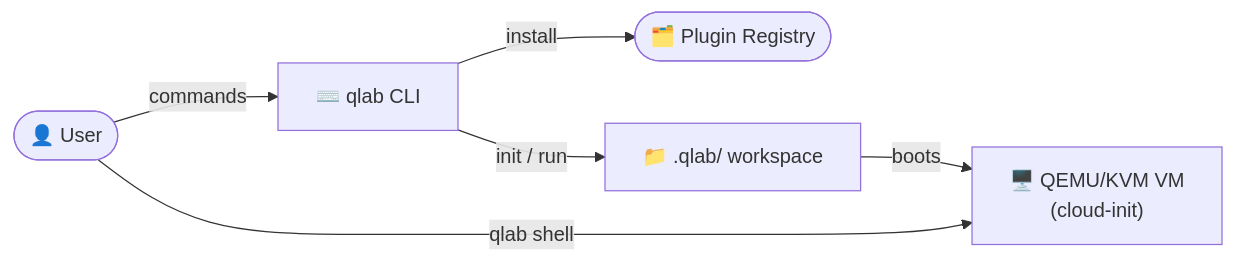
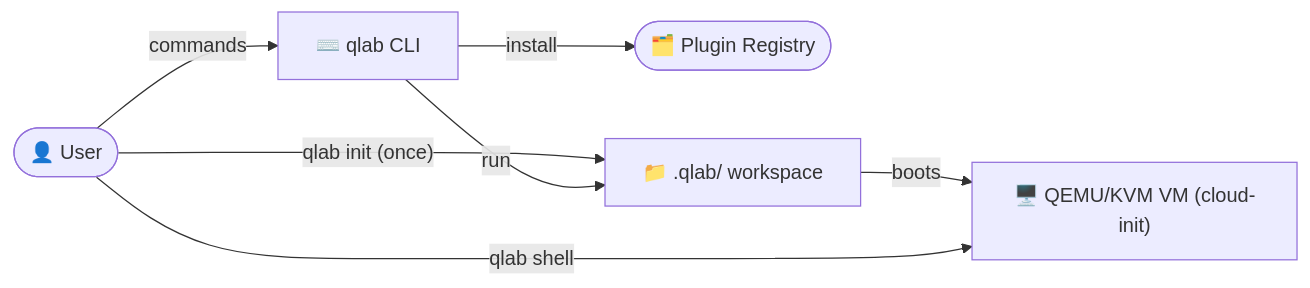
Before and after one commit to manzolo/qlab: the diagram in README.md, drawn with Mermaid.

Commit message:
docs: clarify init is one-time and fix VM label in diagram

````diff
--- a/README.md
+++ b/README.md
@@ -16,14 +16,15 @@
 ```mermaid
 flowchart LR
     User(["👤 User"])
     CLI["⌨️ qlab CLI"]
     Registry(["🗂️ Plugin Registry"])
     WS["📁 .qlab/ workspace"]
-    VM["🖥️ QEMU/KVM VM\n(cloud-init)"]
+    VM["🖥️ QEMU/KVM VM (cloud-init)"]
 
+    User -->|"qlab init (once)"| WS
     User -->|"commands"| CLI
     CLI -->|"install"| Registry
-    CLI -->|"init / run"| WS
+    CLI -->|"run"| WS
     WS -->|"boots"| VM
     User -->|"qlab shell"| VM
 ```
````
